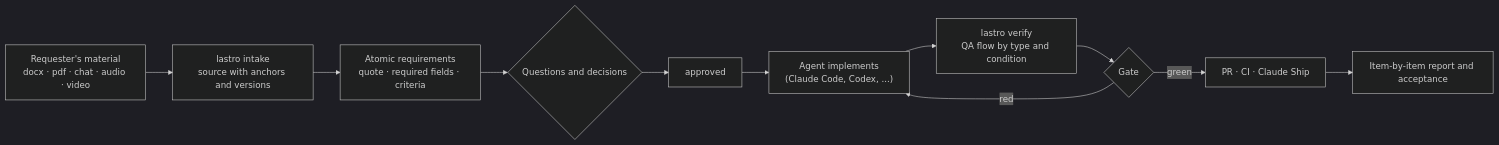
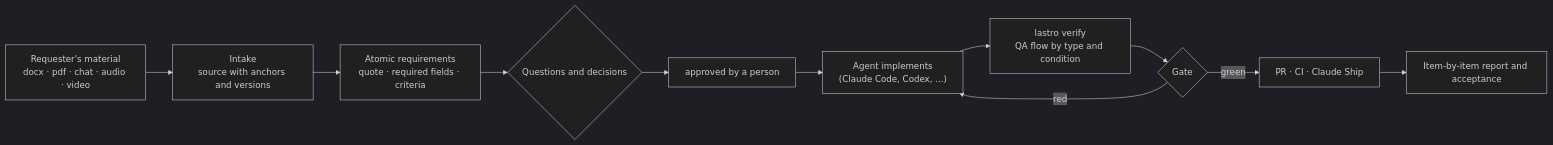
One commit to srnakyo/lastro changed the diagram in README.md. Above: the diagram before and after it, drawn with Mermaid (dark theme). The commit also changed other lines of this file and 28 other files, not shown here.

````diff
--- a/README.md
+++ b/README.md
@@ -29,13 +27,13 @@
 ```mermaid
 flowchart LR
-  A["Requester's material<br/>docx · pdf · chat · audio · video"] --> B["lastro intake<br/>source with anchors and versions"]
+  A["Requester's material<br/>docx · pdf · chat · audio · video"] --> B["Intake<br/>source with anchors and versions"]
   B --> C["Atomic requirements<br/>quote · required fields · criteria"]
   C --> D{"Questions and decisions"}
-  D --> E["approved"]
+  D --> E["approved by a person"]
   E --> F["Agent implements<br/>(Claude Code, Codex, ...)"]
   F --> G["lastro verify<br/>QA flow by type and condition"]
   G --> H{"Gate"}
   H -- red --> F
   H -- green --> I["PR · CI · Claude Ship"]
   I --> J["Item-by-item report and acceptance"]
 ```
````
